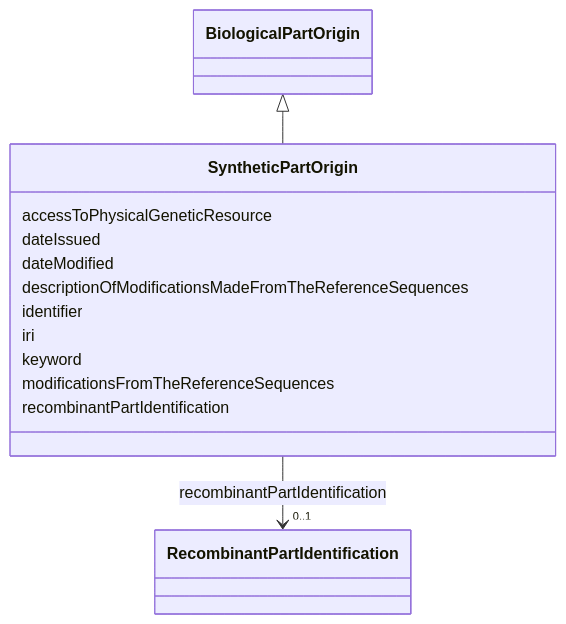
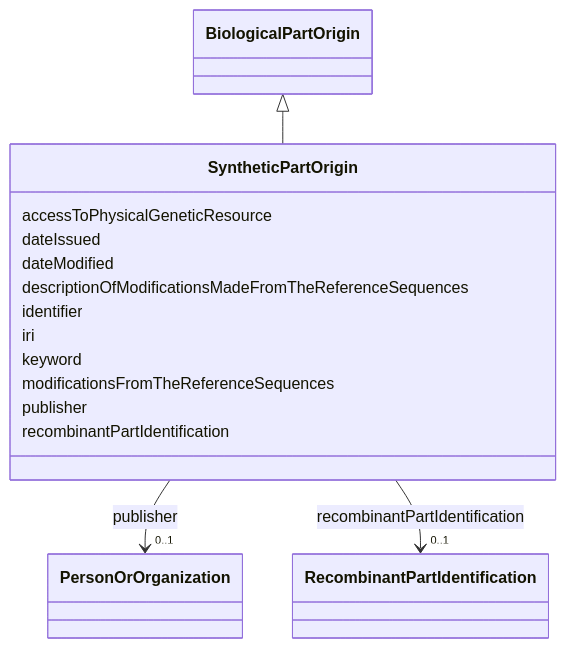
The diagram in models/docs/SyntheticPartOrigin.md (EVORA-project/evora-ontology), drawn with Mermaid before and after one commit. The commit also changed other lines of this file and 468 other files, not shown here.

````diff
--- a/models/docs/SyntheticPartOrigin.md
+++ b/models/docs/SyntheticPartOrigin.md
@@ -19,34 +19,43 @@
 ```mermaid
  classDiagram
     class SyntheticPartOrigin
     click SyntheticPartOrigin href "../SyntheticPartOrigin"
       BiologicalPartOrigin <|-- SyntheticPartOrigin
         click BiologicalPartOrigin href "../BiologicalPartOrigin"
       
       SyntheticPartOrigin : accessToPhysicalGeneticResource
         
       SyntheticPartOrigin : dateIssued
         
       SyntheticPartOrigin : dateModified
         
       SyntheticPartOrigin : descriptionOfModificationsMadeFromTheReferenceSequences
         
       SyntheticPartOrigin : identifier
         
       SyntheticPartOrigin : iri
         
       SyntheticPartOrigin : keyword
         
       SyntheticPartOrigin : modificationsFromTheReferenceSequences
         
+      SyntheticPartOrigin : publisher
+        
+          
+    
+    
+    SyntheticPartOrigin --> "0..1" PersonOrOrganization : publisher
+    click PersonOrOrganization href "../PersonOrOrganization"
+
+        
       SyntheticPartOrigin : recombinantPartIdentification
         
           
     
     
     SyntheticPartOrigin --> "0..1" RecombinantPartIdentification : recombinantPartIdentification
     click RecombinantPartIdentification href "../RecombinantPartIdentification"
 
         
       
 ```
````
